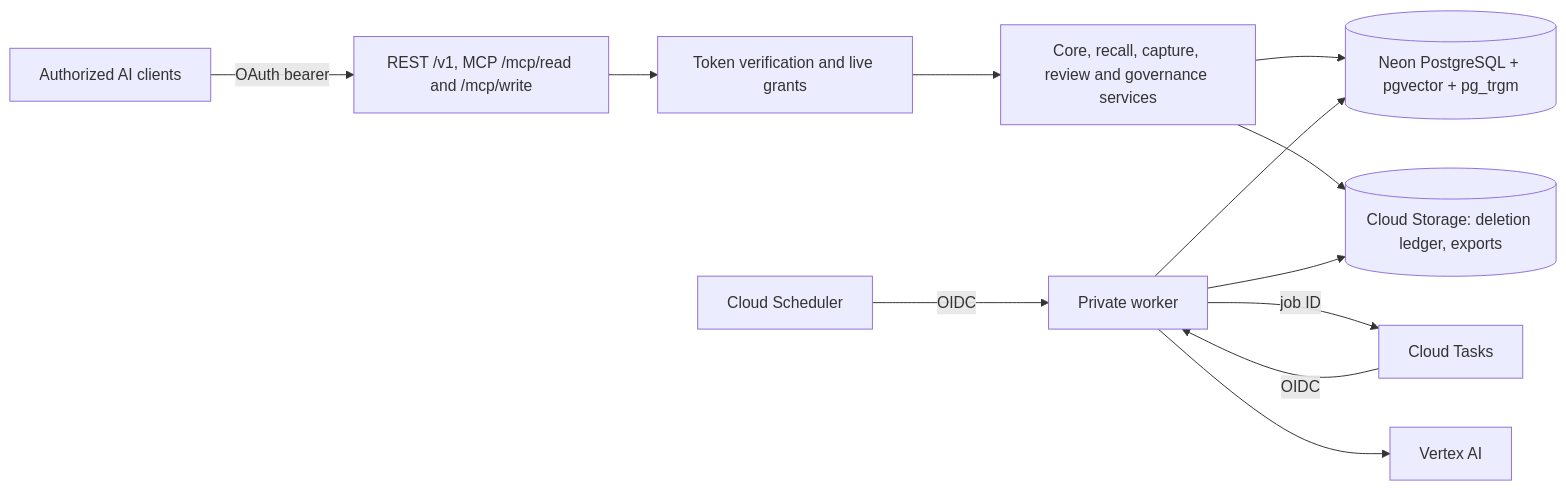
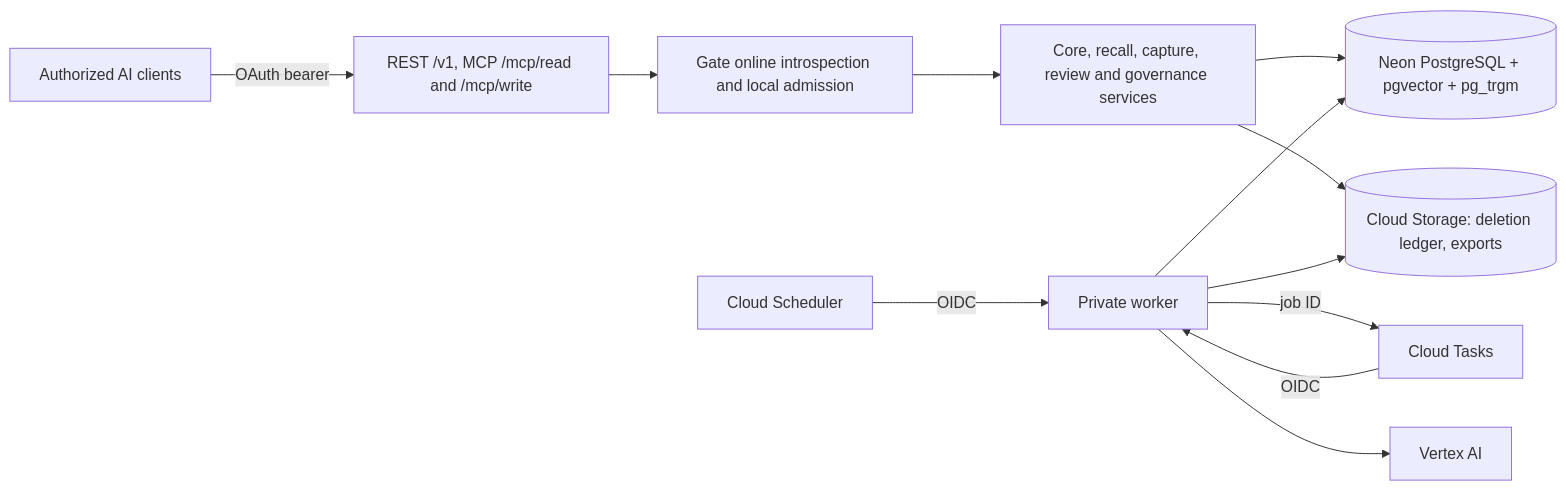
Before and after one commit to takezoh/syntoria-lore: the diagram in ARCHITECTURE.md, drawn with Mermaid. The commit also changed other lines of this file and 103 other files, not shown here.

````diff
--- a/ARCHITECTURE.md
+++ b/ARCHITECTURE.md
@@ -9,14 +9,14 @@
 ```mermaid
 flowchart LR
   AI[Authorized AI clients] -->|OAuth bearer| Entry[REST /v1, MCP /mcp/read and /mcp/write]
-  Entry --> Auth[Token verification and live grants]
+  Entry --> Auth[Gate online introspection and local admission]
   Auth --> Services[Core, recall, capture, review and governance services]
   Services --> DB[(Neon PostgreSQL + pgvector + pg_trgm)]
   Services --> GCS[(Cloud Storage: deletion ledger, exports)]
   Sched[Cloud Scheduler] -->|OIDC| Worker[Private worker]
   Worker -->|job ID| Tasks[Cloud Tasks]
   Tasks -->|OIDC| Worker
   Worker --> DB
   Worker --> GCS
   Worker --> LLM[Vertex AI]
 ```
````
